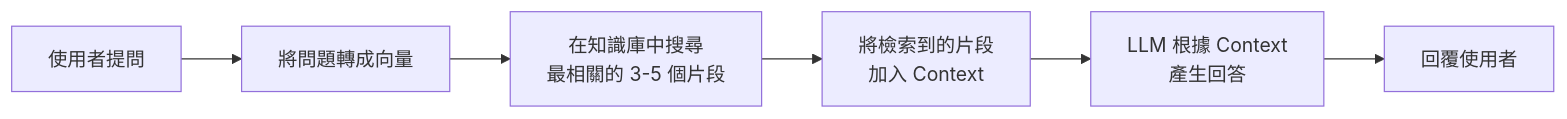
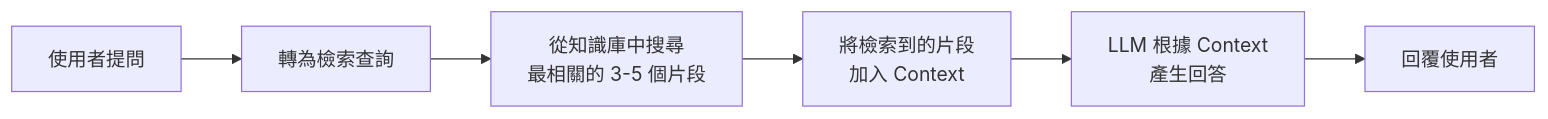
The diagram in book/03-記憶與知識庫.md (topllol821/AI-Agent-Book-Guide), drawn with Mermaid before and after one commit. The commit also changed other lines of this file and 15 other files, not shown here.

````diff
--- a/book/03-記憶與知識庫.md
+++ b/book/03-記憶與知識庫.md
@@ -126,8 +129,8 @@
 ```mermaid
 graph LR
-    A[使用者提問] --> B[將問題轉成向量]
-    B --> C[在知識庫中搜尋<br/>最相關的 3-5 個片段]
+    A[使用者提問] --> B[轉為檢索查詢]
+    B --> C[從知識庫中搜尋<br/>最相關的 3-5 個片段]
     C --> D[將檢索到的片段<br/>加入 Context]
     D --> E[LLM 根據 Context<br/>產生回答]
     E --> F[回覆使用者]
 ```
````
